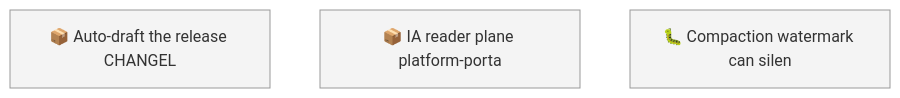
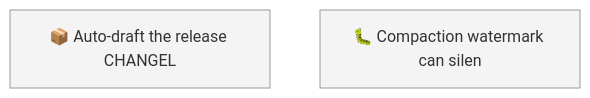
One commit to SpillwaveSolutions/wiki_ticket_sdd changed the first of 2 diagrams in docs/roadmap.md. Above: the diagram before and after it, drawn with Mermaid. The commit also changed other lines of this file and 6 other files, not shown here.

First line of the commit message:
chore(worklog): close the IA reader plane epic (#270)

````diff
--- a/docs/roadmap.md
+++ b/docs/roadmap.md
@@ -43,8 +39,7 @@
 ```mermaid
 graph TD
     01KYAC0AC01R4C6W7YY1X8NVRV["📦 Auto-draft the release CHANGEL"]
-    01KYWGM3KPNQNSWV03FRG23ADB["📦 IA reader plane platform-porta"]
     01KYZ5CY9PS60BYH1E07DF5C9P["🐛 Compaction watermark can silen"]
     classDef todo fill:#f4f4f4,stroke:#999999
-    class 01KYAC0AC01R4C6W7YY1X8NVRV,01KYWGM3KPNQNSWV03FRG23ADB,01KYZ5CY9PS60BYH1E07DF5C9P todo
+    class 01KYAC0AC01R4C6W7YY1X8NVRV,01KYZ5CY9PS60BYH1E07DF5C9P todo
 ```
````
